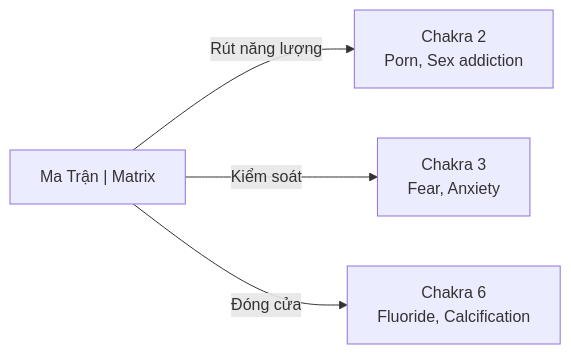
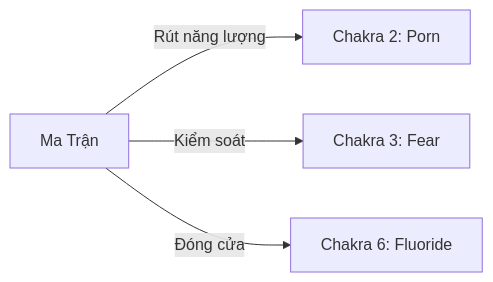
One commit to dyukahi/knowledge changed the third of 3 diagrams in esoterica/Chakra.md. Above: the diagram before and after it, drawn with Mermaid. The commit also changed other lines of this file, not shown here.

Commit message:
Fix Chakra Mermaid: remove br tags causing render errors

````diff
--- a/esoterica/Chakra.md
+++ b/esoterica/Chakra.md
@@ -254,12 +264,12 @@
 ```mermaid
 flowchart LR
-    M["Ma Trận | Matrix"]
+    M["Ma Trận"]
     
-    C2["Chakra 2<br/>Porn, Sex addiction"]
-    C3["Chakra 3<br/>Fear, Anxiety"]
-    C6["Chakra 6<br/>Fluoride, Calcification"]
+    C2["Chakra 2: Porn"]
+    C3["Chakra 3: Fear"]
+    C6["Chakra 6: Fluoride"]
     
     M -->|"Rút năng lượng"| C2
     M -->|"Kiểm soát"| C3
     M -->|"Đóng cửa"| C6
 ```
````
